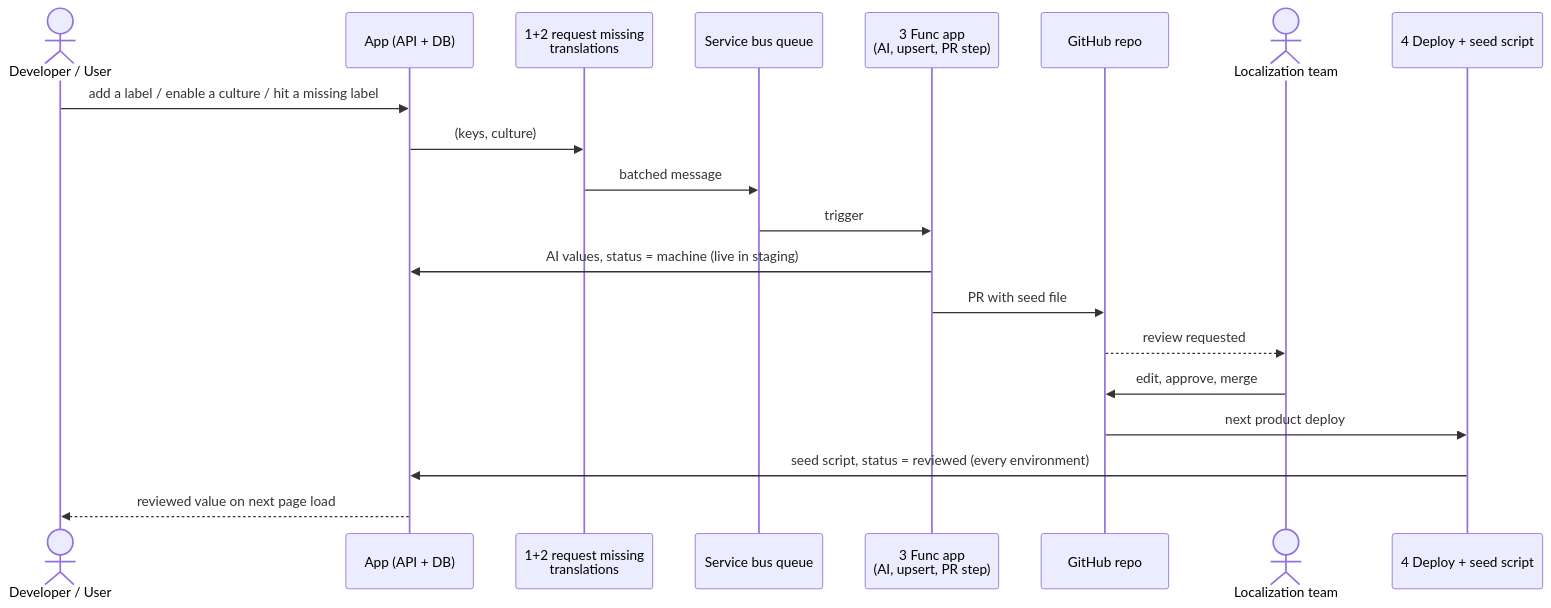
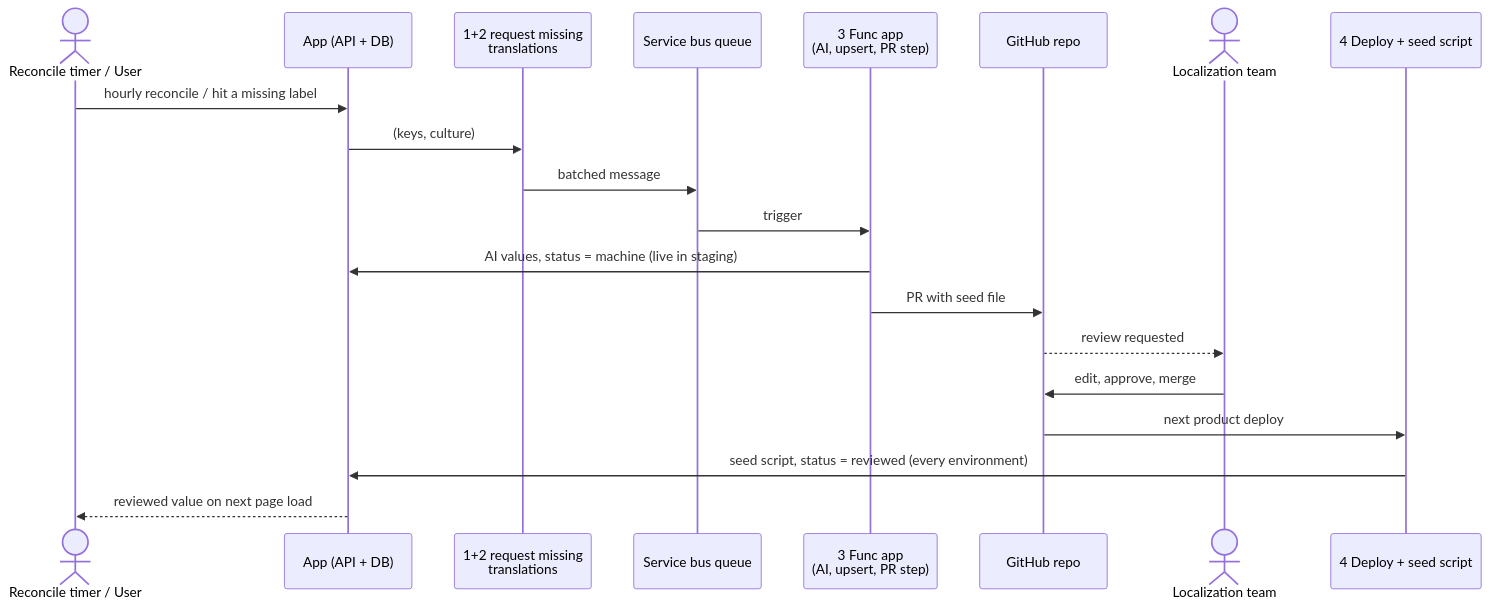
The diagram in v3/label-localization-sequence.md (rishabh7g/localization-proposal), drawn with Mermaid before and after one commit. The commit also changed other lines of this file and 6 other files, not shown here.

Commit message:
v3: hourly reconcile timer replaces the label-insert hook

````diff
--- a/v3/label-localization-sequence.md
+++ b/v3/label-localization-sequence.md
@@ -28,23 +28,23 @@
 ```mermaid
 sequenceDiagram
-    actor People as Developer / User
+    actor People as Reconcile timer / User
     participant App as App (API + DB)
     participant RMT as 1+2 request missing<br/>translations
     participant Queue as Service bus queue
     participant Func as 3 Func app<br/>(AI, upsert, PR step)
     participant Repo as GitHub repo
     actor Team as Localization team
     participant Deploy as 4 Deploy + seed script
 
-    People->>App: add a label / enable a culture / hit a missing label
+    People->>App: hourly reconcile / hit a missing label
     App->>RMT: (keys, culture)
     RMT->>Queue: batched message
     Queue->>Func: trigger
     Func->>App: AI values, status = machine (live in staging)
     Func->>Repo: PR with seed file
     Repo-->>Team: review requested
     Team->>Repo: edit, approve, merge
     Repo->>Deploy: next product deploy
     Deploy->>App: seed script, status = reviewed (every environment)
     App-->>People: reviewed value on next page load
 ```
````
